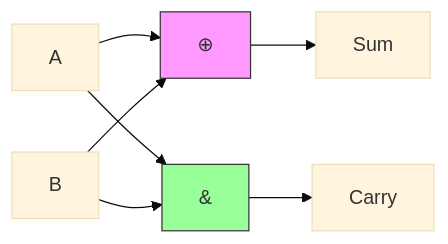
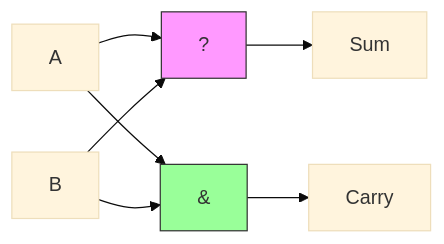
One commit to Raushan666java/ai-engineering-journey changed the second of 9 diagrams in docs/courses/digital-logic/05-combinational-circuits.md. Above: the diagram before and after it, drawn with Mermaid (base theme). The commit also changed other lines of this file and 790 other files, not shown here.

Commit message:
Sync all course diagram renders and content updates

````diff
--- a/docs/courses/digital-logic/05-combinational-circuits.md
+++ b/docs/courses/digital-logic/05-combinational-circuits.md
@@ -68,11 +68,11 @@
 ```mermaid
 graph LR
-    A[A] --> XOR[⊕]
+    A[A] --> XOR[?]
     B[B] --> XOR
     A --> AND[&]
     B --> AND
     XOR --> S[Sum]
     AND --> C[Carry]
     style XOR fill:#f9f,stroke:#333,stroke-width:1px
     style AND fill:#9f9,stroke:#333,stroke-width:1px
 ```
````
